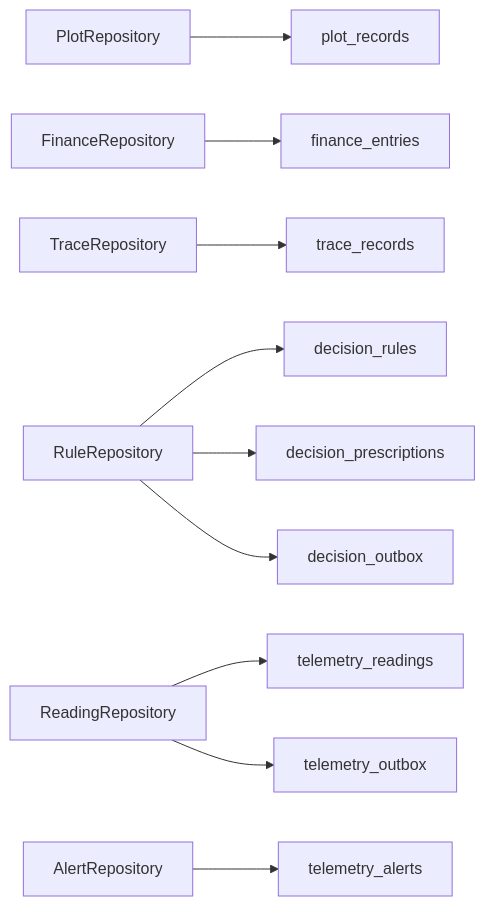
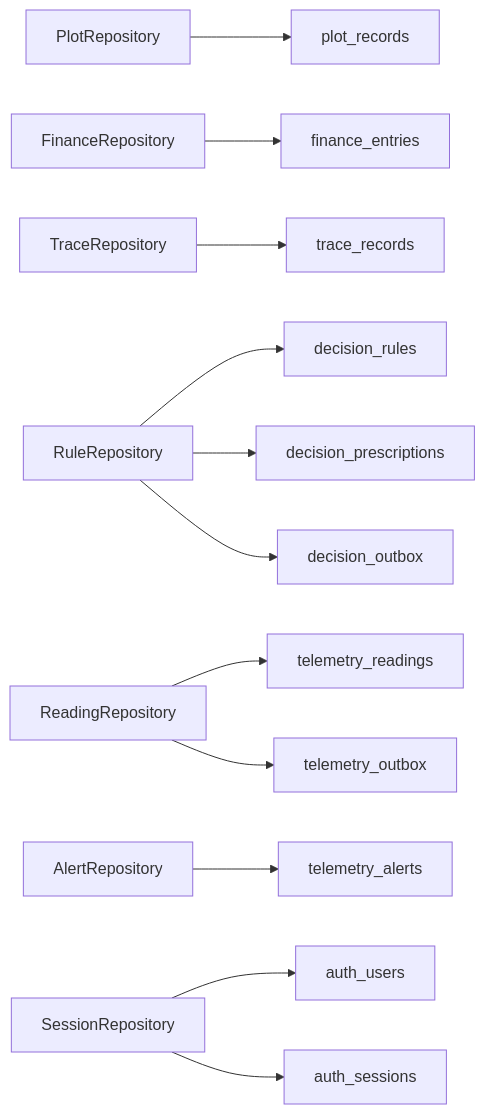
Before and after one commit to q446328246/agri-platform: the eighth of 8 diagrams in .qoder/repowiki/zh/content/数据库设计/数据库设计.md, drawn with Mermaid. The commit also changed other lines of this file and 110 other files, not shown here.

````diff
--- a/.qoder/repowiki/zh/content/数据库设计/数据库设计.md
+++ b/.qoder/repowiki/zh/content/数据库设计/数据库设计.md
@@ -407,12 +531,14 @@
 ```mermaid
 graph LR
 PR["PlotRepository"] --> T1["plot_records"]
 FR["FinanceRepository"] --> T2["finance_entries"]
 TR["TraceRepository"] --> T3["trace_records"]
 RR["RuleRepository"] --> T4["decision_rules"]
 RR --> T5["decision_prescriptions"]
 RR --> T8["decision_outbox"]
 RL["ReadingRepository"] --> T6["telemetry_readings"]
 AL["AlertRepository"] --> T7["telemetry_alerts"]
 RL --> T9["telemetry_outbox"]
+SR["SessionRepository"] --> T10["auth_users"]
+SR --> T11["auth_sessions"]
 ```
````
